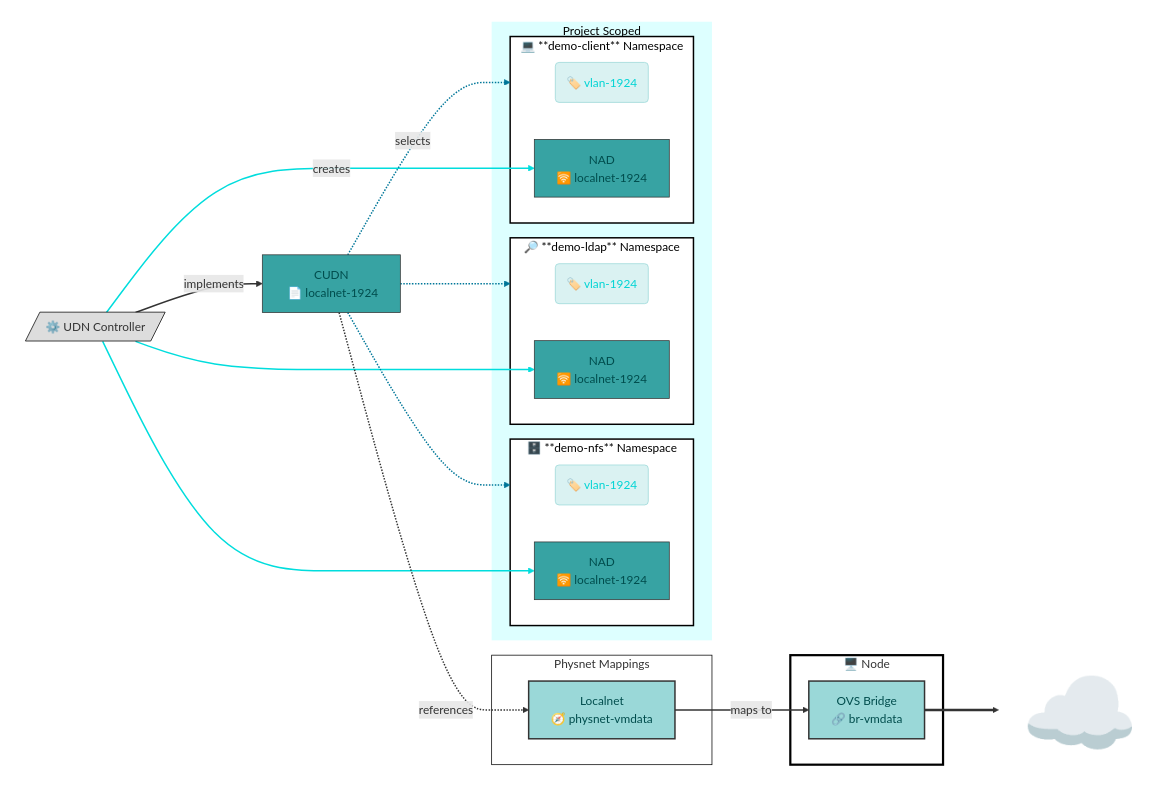
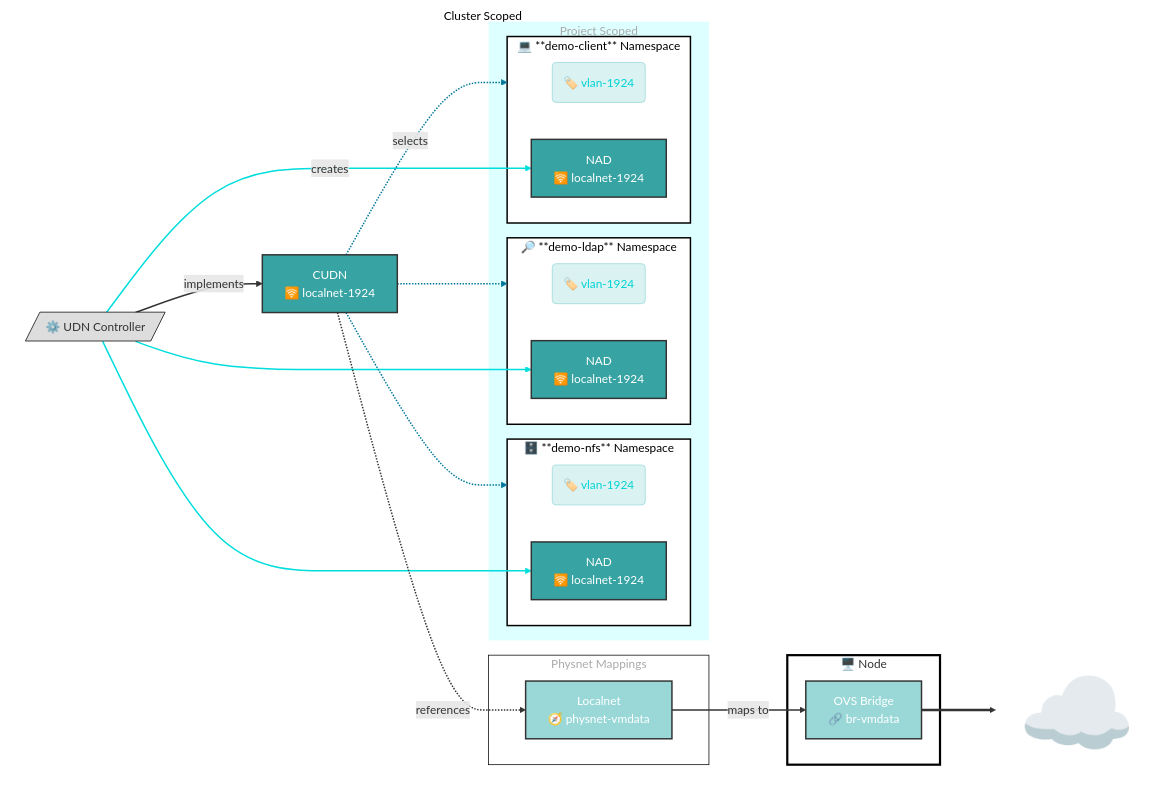
Before and after one commit to dlbewley/demo-rhone-26: the seventh of 9 diagrams in README.md, drawn with Mermaid. The commit also changed other lines of this file, not shown here.

````diff
--- a/README.md
+++ b/README.md
@@ -229,73 +381,77 @@
 ```mermaid
 graph LR;
-    subgraph Cluster[" "]
-      udn-localnet-1924["CUDN<br>️ 📄 localnet-1924"]:::udn-localnet-1924
-      udn-controller[/"⚙️ UDN Controller"/]
+    subgraph Cluster["Cluster Scoped"]
+        udn-localnet-1924["CUDN<br>️🛜  localnet-1924"]:::udn-localnet-1924
+        udn-controller[/"⚙️ UDN Controller"/]
 
       subgraph Localnets["Physnet Mappings"]
         physnet-vmdata[Localnet<br> 🧭 physnet-vmdata]:::nad-1924;
       end
+
 
       subgraph Project["Project Scoped"]
         subgraph ns-nfs["🗄️ **demo-nfs** Namespace"]
           label-nfs("🏷️ vlan-1924"):::labels;
           nad-1924-nfs[NAD<br> 🛜 localnet-1924];
         end
 
         subgraph ns-ldap["🔎 **demo-ldap** Namespace"]
           label-ldap("🏷️ vlan-1924"):::labels;
           nad-1924-ldap[NAD<br> 🛜 localnet-1924]:::nad-1924;
         end
 
         subgraph ns-client["💻 **demo-client** Namespace"]
           label-client("🏷️ vlan-1924"):::labels;
           nad-1924-client[NAD<br> 🛜 localnet-1924]:::nad-1924;
         end
       end
       subgraph node1["🖥️ Node "]
         br-vmdata[ OVS Bridge<br> 🔗 br-vmdata]:::vlan-1924;
       end
     end
 
     udn-localnet-1924 -. selects .-> ns-client
     udn-localnet-1924 -.-> ns-ldap
     udn-localnet-1924 -.-> ns-nfs
 
     linkStyle 0,1,2 stroke:#007799,stroke-width:2px;
 
     udn-controller --creates--> nad-1924-client
     udn-controller ---> nad-1924-nfs
     udn-controller ---> nad-1924-ldap
 
     linkStyle 3,4,5 stroke:#00dddd,stroke-width:2px;
 
     udn-controller == implements ==> udn-localnet-1924
     udn-localnet-1924 -. references .-> physnet-vmdata
     physnet-vmdata -- maps to --> br-vmdata
 
     linkStyle 6,7,8 stroke-width:2px;
 
     Internet["☁️ "]:::Internet
     br-vmdata ==> Internet
 
-    classDef bond1 fill:#9ad8d8,color:#004d4d,stroke:#333,stroke-width:2px
+    classDef cudn fill:#37A3A3,color:#fff,stroke:#333,stroke-width:2px
+    class udn-localnet-1924 cudn
+
+    classDef bond1 fill:#9ad8d8,color:#fff,stroke:#333,stroke-width:2px
     class br-vmdata,physnet-vmdata bond1
 
     classDef labels stroke-width:1px,stroke:#9ad8d8,color:#00d4d4,fill:#daf2f2;
     classDef networks fill:#cdd,stroke-width:0px;
 
     style udn-controller fill:#ddd,stroke:#000,stroke-width:1px;
     style node1 fill:#fff,stroke:#000,stroke-width:3px;
-    style Localnets fill:#fff,stroke:#000,stroke-width:1px;
+    style Localnets fill:#fff,color:#aaa,stroke:#000,stroke-width:1px
     style Cluster color:#000,fill:#fff,stroke:#333,stroke-width:0px;
-    style Project color:#000,fill:#dff,stroke:#333,stroke-width:0px
+    style Project color:#aaa,fill:#dff,stroke:#333,stroke-width:0px
     style Internet fill:none,stroke-width:0px,font-size:+2em;
 
     classDef nodes stroke-width:3px;
     class node1,node2,node3 nodes;
     classDef namespace color:#000,fill:#fff,stroke:#000,stroke-width:2px;
     class ns-nfs,ns-client,ns-ldap namespace;
 
     classDef nad-1924 fill:#37a3a3,color:#004d4d,stroke:#333,stroke-width:1px;
-    class nad-1924-client,nad-1924-ldap,nad-1924-nfs,udn-localnet-1924 nad-1924;
+    class nad-1924-client,nad-1924-ldap,nad-1924-nfs,udn-localnet-1924 cudn;
 ```
````
